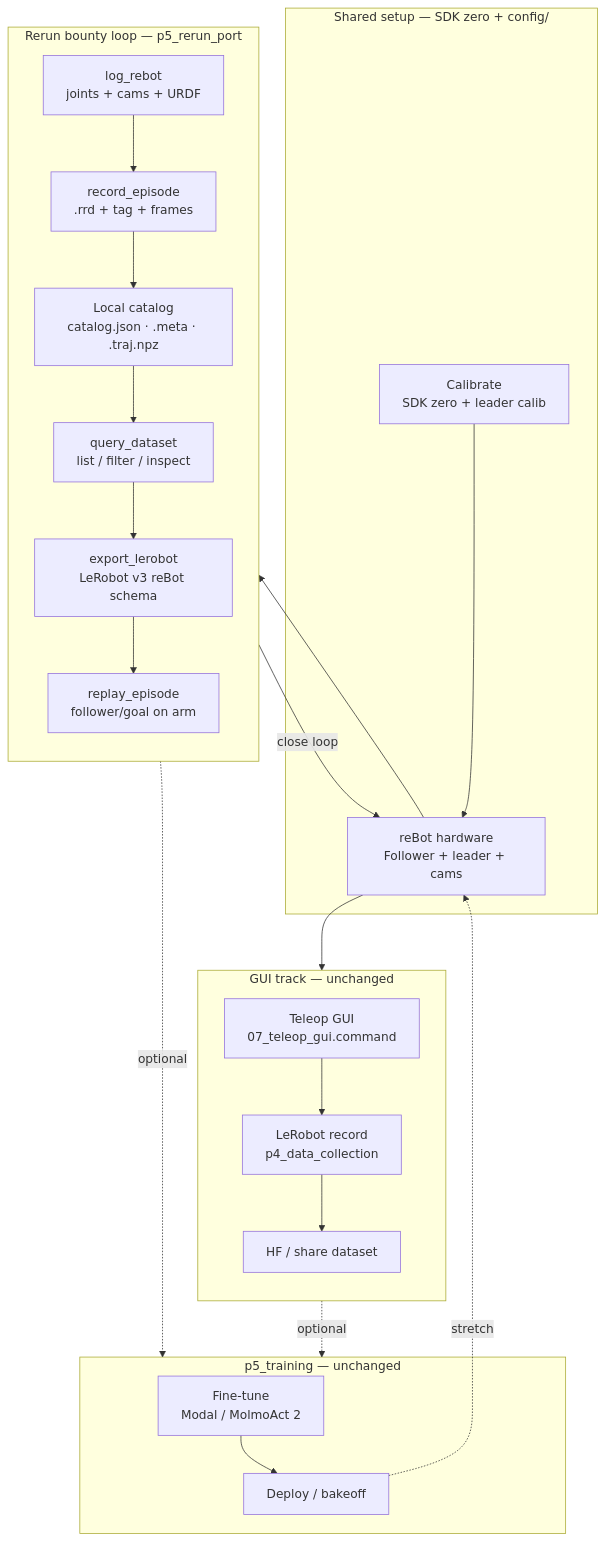
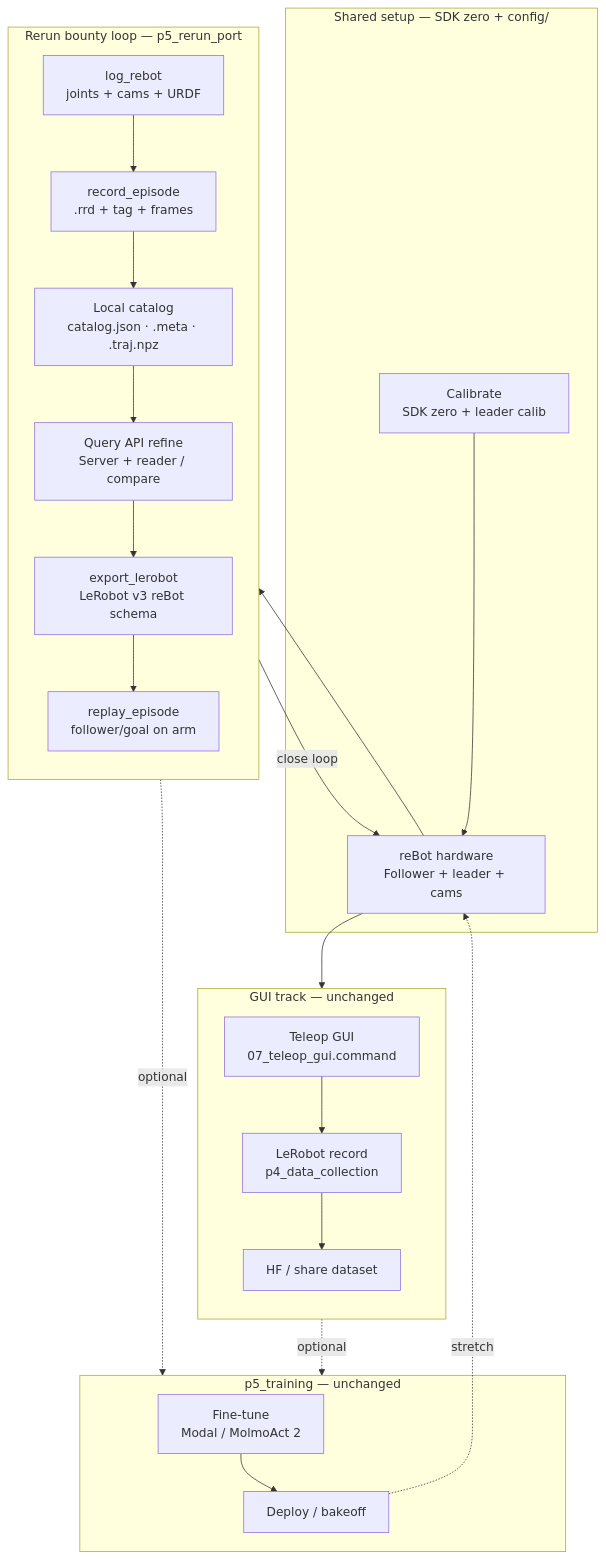
The diagram in docs/p5_rerun_port/README.md (aarochu/DeskPartner), drawn with Mermaid before and after one commit. The commit also changed other lines of this file and 9 other files, not shown here.

First line of the commit message:
Add Rerun Query API refine step for reBot recordings.

````diff
--- a/docs/p5_rerun_port/README.md
+++ b/docs/p5_rerun_port/README.md
@@ -18,42 +20,42 @@
 ```mermaid
 flowchart TB
   subgraph shared["Shared setup — SDK zero + config/"]
     CAL["Calibrate<br/>SDK zero + leader calib"]
     HW["reBot hardware<br/>Follower + leader + cams"]
     CAL --> HW
   end
 
   HW --> GUI
   HW --> RERUN
 
   subgraph GUI["GUI track — unchanged"]
     direction TB
     G1["Teleop GUI<br/>07_teleop_gui.command"]
     G2["LeRobot record<br/>p4_data_collection"]
     G3["HF / share dataset"]
     G1 --> G2 --> G3
   end
 
   subgraph RERUN["Rerun bounty loop — p5_rerun_port"]
     direction TB
     R0["log_rebot<br/>joints + cams + URDF"]
     R1["record_episode<br/>.rrd + tag + frames"]
     R2["Local catalog<br/>catalog.json · .meta · .traj.npz"]
-    R3["query_dataset<br/>list / filter / inspect"]
+    R3["Query API refine<br/>Server + reader / compare"]
     R4["export_lerobot<br/>LeRobot v3 reBot schema"]
     R5["replay_episode<br/>follower/goal on arm"]
     R0 --> R1 --> R2 --> R3 --> R4 --> R5
   end
 
   G3 -.->|"optional"| TRAIN
   R4 -.->|"optional"| TRAIN
   R5 -->|"close loop"| HW
 
   subgraph TRAIN["p5_training — unchanged"]
     T1["Fine-tune<br/>Modal / MolmoAct 2"]
     T2["Deploy / bakeoff"]
     T1 --> T2
   end
 
   T2 -.->|"stretch"| HW
 ```
````
